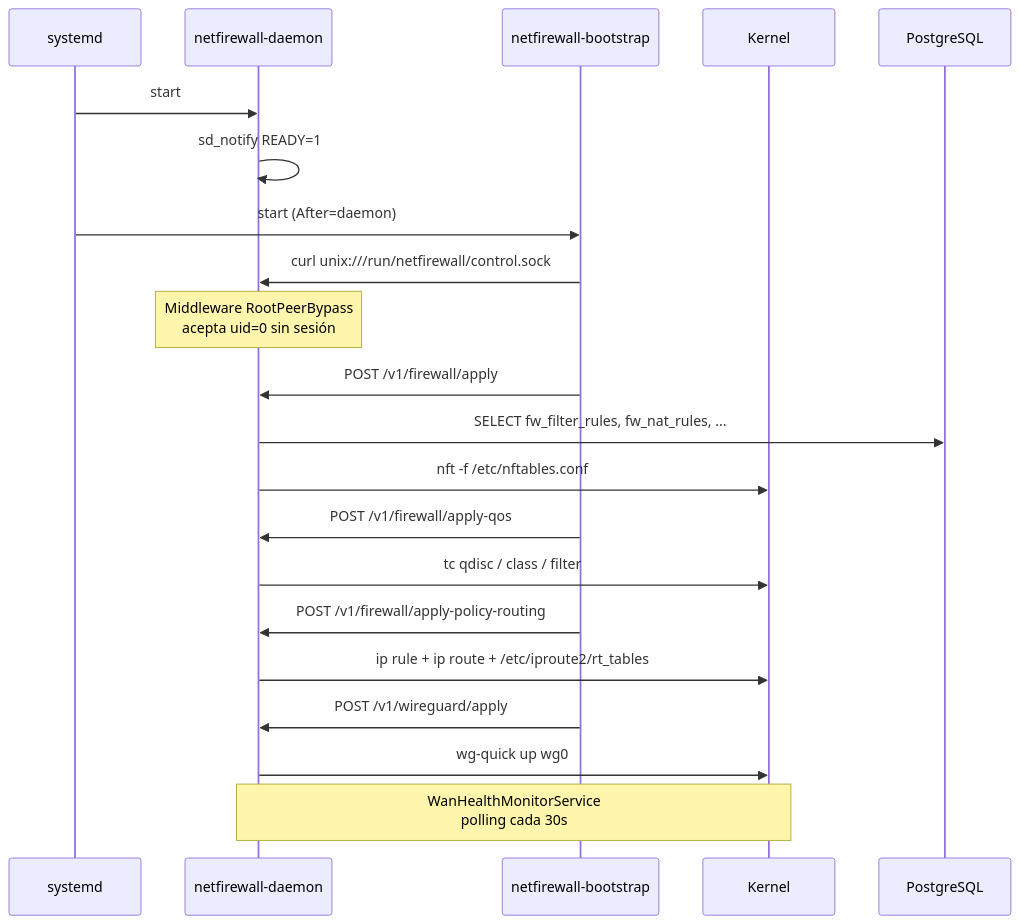
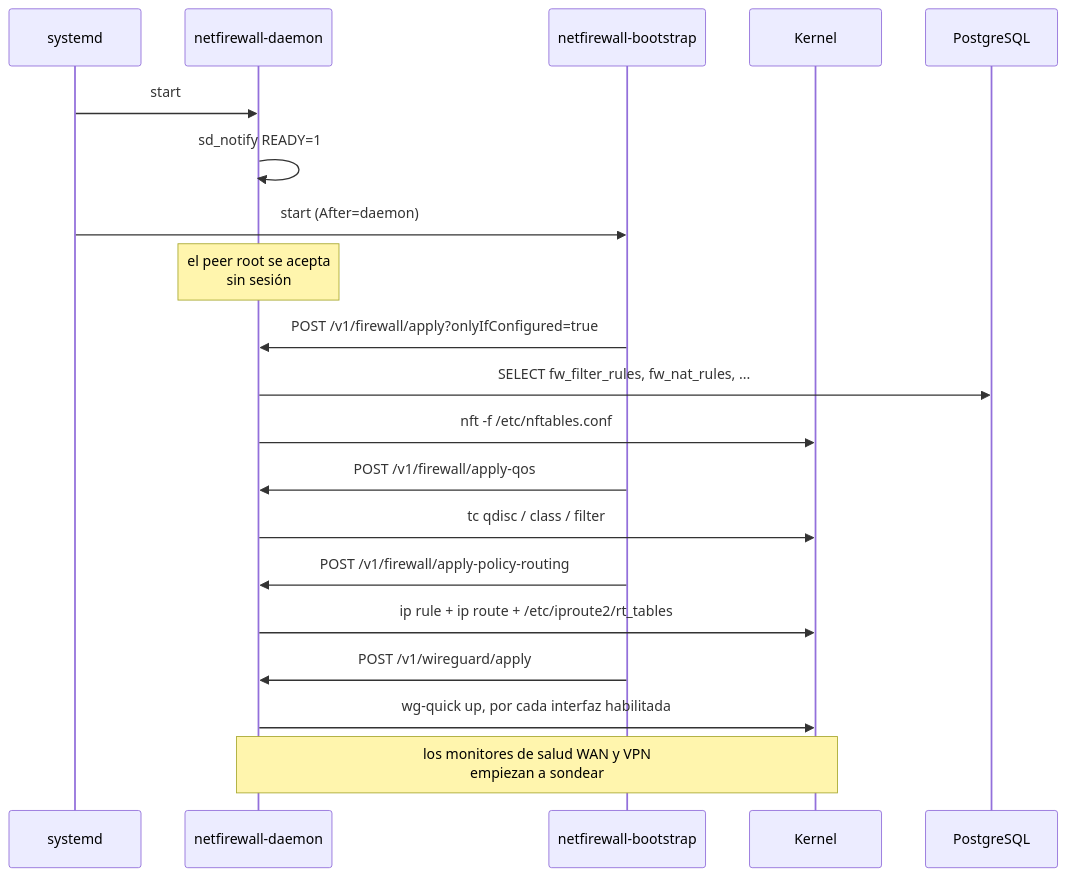
One commit to mchinchilla/NetFirewall changed the third of 5 diagrams in README.es.md. Above: the diagram before and after it, drawn with Mermaid. The commit also changed other lines of this file and 7 other files, not shown here.

````diff
--- a/README.es.md
+++ b/README.es.md
@@ -264,24 +284,23 @@
 ```mermaid
 sequenceDiagram
     participant systemd
     participant Daemon as netfirewall-daemon
     participant Bootstrap as netfirewall-bootstrap
     participant Kernel
     participant DB as PostgreSQL
 
     systemd->>Daemon: start
     Daemon->>Daemon: sd_notify READY=1
     systemd->>Bootstrap: start (After=daemon)
-    Bootstrap->>Daemon: curl unix:///run/netfirewall/control.sock
-    Note over Daemon: Middleware RootPeerBypass<br/>acepta uid=0 sin sesión
-    Bootstrap->>Daemon: POST /v1/firewall/apply
+    Note over Daemon: el peer root se acepta<br/>sin sesión
+    Bootstrap->>Daemon: POST /v1/firewall/apply?onlyIfConfigured=true
     Daemon->>DB: SELECT fw_filter_rules, fw_nat_rules, ...
     Daemon->>Kernel: nft -f /etc/nftables.conf
     Bootstrap->>Daemon: POST /v1/firewall/apply-qos
     Daemon->>Kernel: tc qdisc / class / filter
     Bootstrap->>Daemon: POST /v1/firewall/apply-policy-routing
     Daemon->>Kernel: ip rule + ip route + /etc/iproute2/rt_tables
     Bootstrap->>Daemon: POST /v1/wireguard/apply
-    Daemon->>Kernel: wg-quick up wg0
-    Note over Daemon,Kernel: WanHealthMonitorService<br/>polling cada 30s
+    Daemon->>Kernel: wg-quick up, por cada interfaz habilitada
+    Note over Daemon,Kernel: los monitores de salud WAN y VPN<br/>empiezan a sondear
 ```
````
